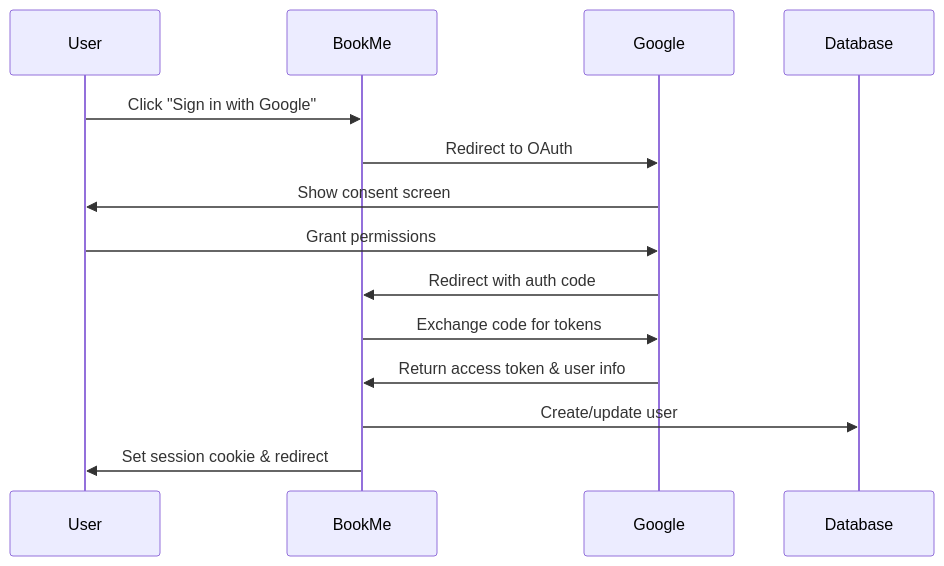
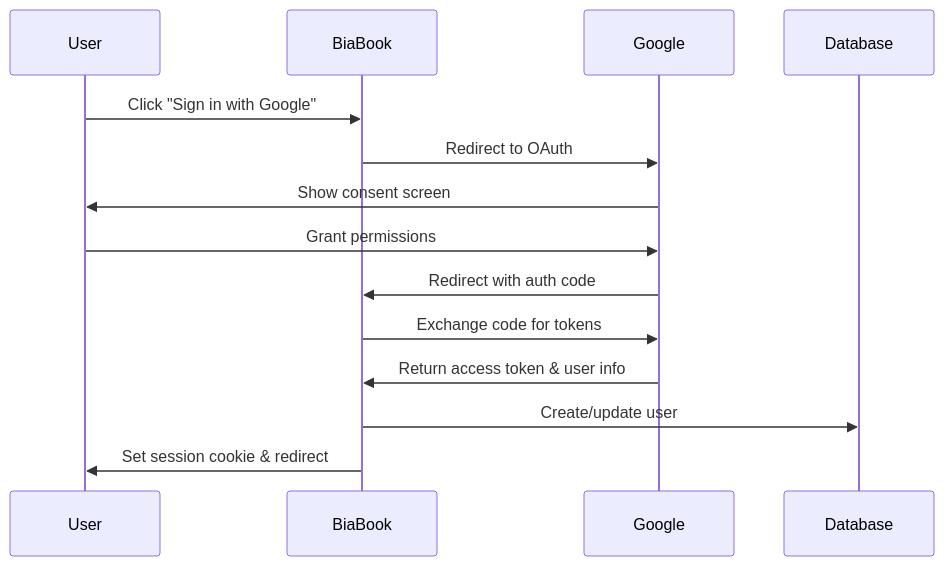
One commit to chinyereunamba/biabook changed the diagram in docs/api/authentication.md. Above: the diagram before and after it, drawn with Mermaid. The commit also changed other lines of this file and 47 other files, not shown here.

First line of the commit message:
docs(branding): Rename project from BookMe to BiaBook

````diff
--- a/docs/api/authentication.md
+++ b/docs/api/authentication.md
@@ -27,17 +27,17 @@
 ```mermaid
 sequenceDiagram
     participant User
-    participant BookMe
+    participant BiaBook
     participant Google
     participant Database
 
-    User->>BookMe: Click "Sign in with Google"
-    BookMe->>Google: Redirect to OAuth
+    User->>BiaBook: Click "Sign in with Google"
+    BiaBook->>Google: Redirect to OAuth
     Google->>User: Show consent screen
     User->>Google: Grant permissions
-    Google->>BookMe: Redirect with auth code
-    BookMe->>Google: Exchange code for tokens
-    Google->>BookMe: Return access token & user info
-    BookMe->>Database: Create/update user
-    BookMe->>User: Set session cookie & redirect
+    Google->>BiaBook: Redirect with auth code
+    BiaBook->>Google: Exchange code for tokens
+    Google->>BiaBook: Return access token & user info
+    BiaBook->>Database: Create/update user
+    BiaBook->>User: Set session cookie & redirect
 ```
````
